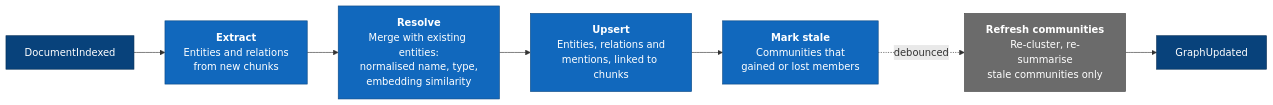
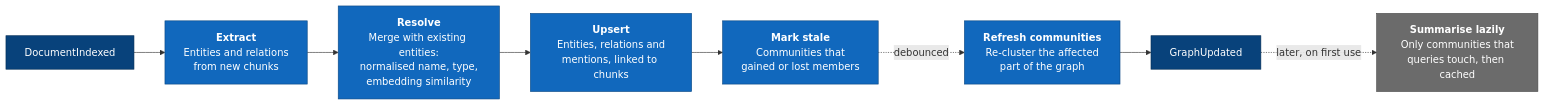
One commit to Carthavate/open-rag-engine changed the second of 3 diagrams in docs/architecture/07-ingestion.md. Above: the diagram before and after it, drawn with Mermaid. The commit also changed other lines of this file and 29 other files, not shown here.

First line of the commit message:
docs: research, requirements and first architecture decision records

````diff
--- a/docs/architecture/07-ingestion.md
+++ b/docs/architecture/07-ingestion.md
@@ -67,13 +67,14 @@
 ```mermaid
 flowchart LR
     ev["DocumentIndexed"]:::event --> ext["<b>Extract</b><br/>Entities and relations<br/>from new chunks"]:::stage
     ext --> res["<b>Resolve</b><br/>Merge with existing entities:<br/>normalised name, type,<br/>embedding similarity"]:::stage
     res --> up["<b>Upsert</b><br/>Entities, relations and<br/>mentions, linked to chunks"]:::stage
     up --> stale["<b>Mark stale</b><br/>Communities that<br/>gained or lost members"]:::stage
-    stale -.->|"debounced"| comm["<b>Refresh communities</b><br/>Re-cluster, re-summarise<br/>stale communities only"]:::optional
+    stale -.->|"debounced"| comm["<b>Refresh communities</b><br/>Re-cluster the affected<br/>part of the graph"]:::stage
     comm --> done["GraphUpdated"]:::event
+    done -.->|"later, on first use"| lazy["<b>Summarise lazily</b><br/>Only communities that<br/>queries touch, then cached"]:::optional
 
     classDef stage fill:#1168bd,stroke:#0b4884,color:#ffffff
     classDef optional fill:#6b6b6b,stroke:#4a4a4a,color:#ffffff
     classDef event fill:#08427b,stroke:#052e56,color:#ffffff
 ```
````
